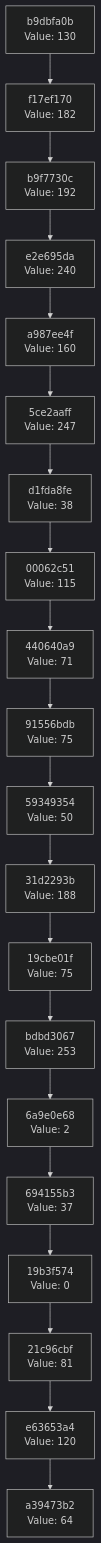
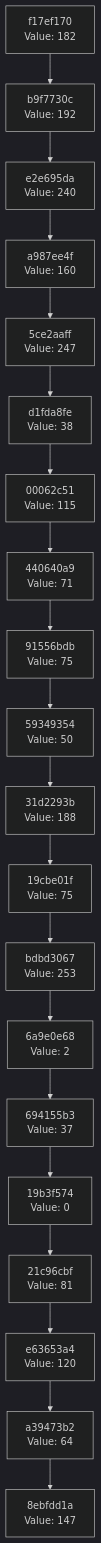
One commit to Abhisheksinha1506/hash-chain-evolver changed the diagram in docs/CHAIN_VISUALIZATION.md. Above: the diagram before and after it, drawn with Mermaid (dark theme). The commit also changed 3 other files, not shown here.

````diff
--- a/docs/CHAIN_VISUALIZATION.md
+++ b/docs/CHAIN_VISUALIZATION.md
@@ -3,42 +3,42 @@
 ```mermaid
 graph TD
-    C0["a39473b2<br/>Value: 64"]
-    C1["e63653a4<br/>Value: 120"]
+    C0["8ebfdd1a<br/>Value: 147"]
+    C1["a39473b2<br/>Value: 64"]
     C1 --> C0
-    C2["21c96cbf<br/>Value: 81"]
+    C2["e63653a4<br/>Value: 120"]
     C2 --> C1
-    C3["19b3f574<br/>Value: 0"]
+    C3["21c96cbf<br/>Value: 81"]
     C3 --> C2
-    C4["694155b3<br/>Value: 37"]
+    C4["19b3f574<br/>Value: 0"]
     C4 --> C3
-    C5["6a9e0e68<br/>Value: 2"]
+    C5["694155b3<br/>Value: 37"]
     C5 --> C4
-    C6["bdbd3067<br/>Value: 253"]
+    C6["6a9e0e68<br/>Value: 2"]
     C6 --> C5
-    C7["19cbe01f<br/>Value: 75"]
+    C7["bdbd3067<br/>Value: 253"]
     C7 --> C6
-    C8["31d2293b<br/>Value: 188"]
+    C8["19cbe01f<br/>Value: 75"]
     C8 --> C7
-    C9["59349354<br/>Value: 50"]
+    C9["31d2293b<br/>Value: 188"]
     C9 --> C8
-    C10["91556bdb<br/>Value: 75"]
+    C10["59349354<br/>Value: 50"]
     C10 --> C9
-    C11["440640a9<br/>Value: 71"]
+    C11["91556bdb<br/>Value: 75"]
     C11 --> C10
-    C12["00062c51<br/>Value: 115"]
+    C12["440640a9<br/>Value: 71"]
     C12 --> C11
-    C13["d1fda8fe<br/>Value: 38"]
+    C13["00062c51<br/>Value: 115"]
     C13 --> C12
-    C14["5ce2aaff<br/>Value: 247"]
+    C14["d1fda8fe<br/>Value: 38"]
     C14 --> C13
-    C15["a987ee4f<br/>Value: 160"]
+    C15["5ce2aaff<br/>Value: 247"]
     C15 --> C14
-    C16["e2e695da<br/>Value: 240"]
+    C16["a987ee4f<br/>Value: 160"]
     C16 --> C15
-    C17["b9f7730c<br/>Value: 192"]
+    C17["e2e695da<br/>Value: 240"]
     C17 --> C16
-    C18["f17ef170<br/>Value: 182"]
+    C18["b9f7730c<br/>Value: 192"]
     C18 --> C17
-    C19["b9dbfa0b<br/>Value: 130"]
+    C19["f17ef170<br/>Value: 182"]
     C19 --> C18
 ```
````
